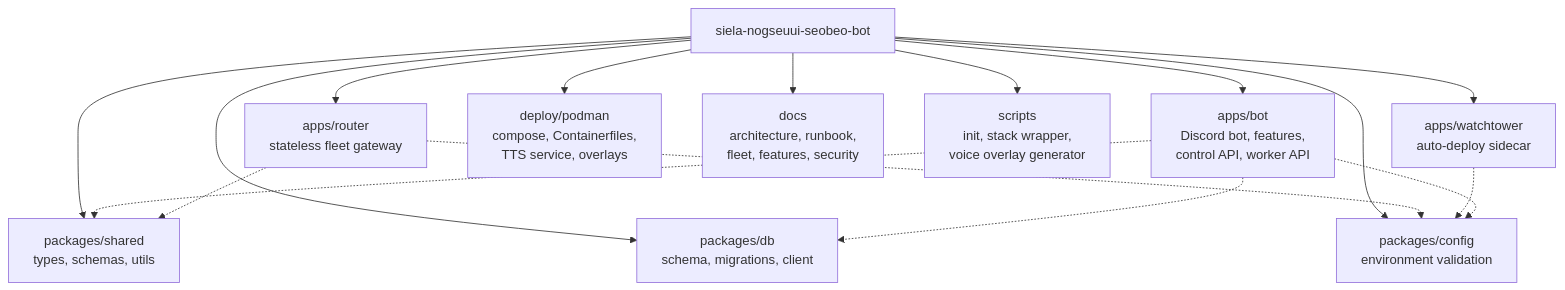
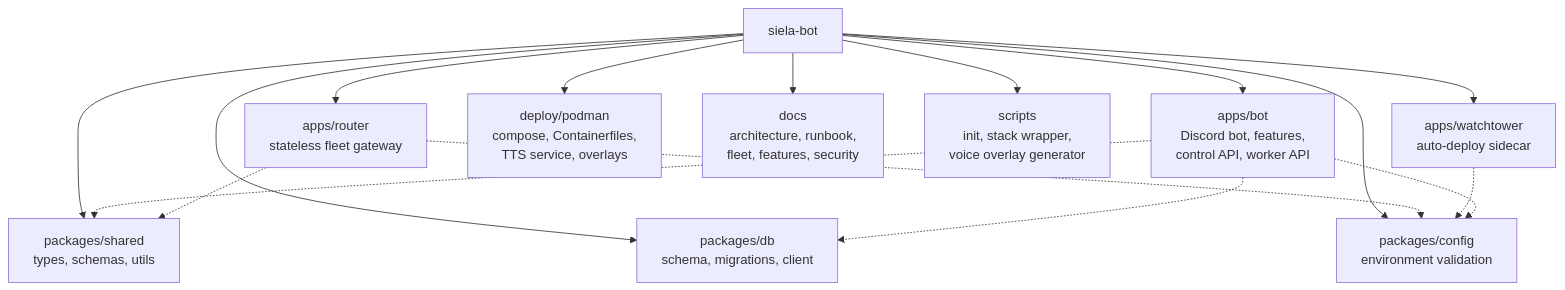
One commit to DeathSurfing/siela-bot changed the third of 3 diagrams in README.md. Above: the diagram before and after it, drawn with Mermaid. The commit also changed other lines of this file and 12 other files, not shown here.

First line of the commit message:
chore: point upstream URLs at the renamed siela-bot repository (#34)

````diff
--- a/README.md
+++ b/README.md
@@ -111,21 +111,21 @@
 ```mermaid
 flowchart TD
-  ROOT[siela-nogseuui-seobeo-bot]
+  ROOT[siela-bot]
 
   ROOT --> BOT[apps/bot<br/>Discord bot, features,<br/>control API, worker API]
   ROOT --> ROUTER[apps/router<br/>stateless fleet gateway]
   ROOT --> WATCH[apps/watchtower<br/>auto-deploy sidecar]
   ROOT --> CONFIG[packages/config<br/>environment validation]
   ROOT --> DB[packages/db<br/>schema, migrations, client]
   ROOT --> SHARED[packages/shared<br/>types, schemas, utils]
   ROOT --> DEPLOY[deploy/podman<br/>compose, Containerfiles,<br/>TTS service, overlays]
   ROOT --> DOCS[docs<br/>architecture, runbook,<br/>fleet, features, security]
   ROOT --> SCRIPTS[scripts<br/>init, stack wrapper,<br/>voice overlay generator]
 
   BOT -.-> SHARED
   ROUTER -.-> SHARED
   ROUTER -.-> CONFIG
   WATCH -.-> CONFIG
   BOT -.-> DB
   BOT -.-> CONFIG
 ```
````
